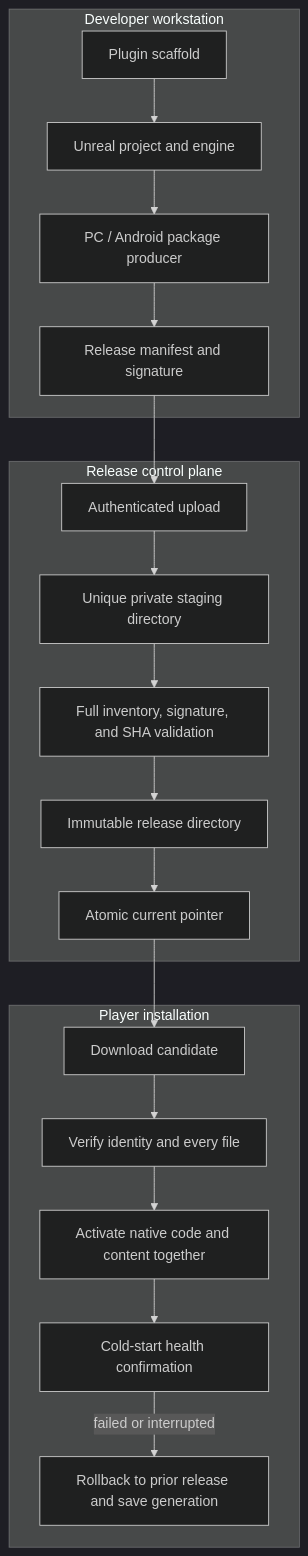
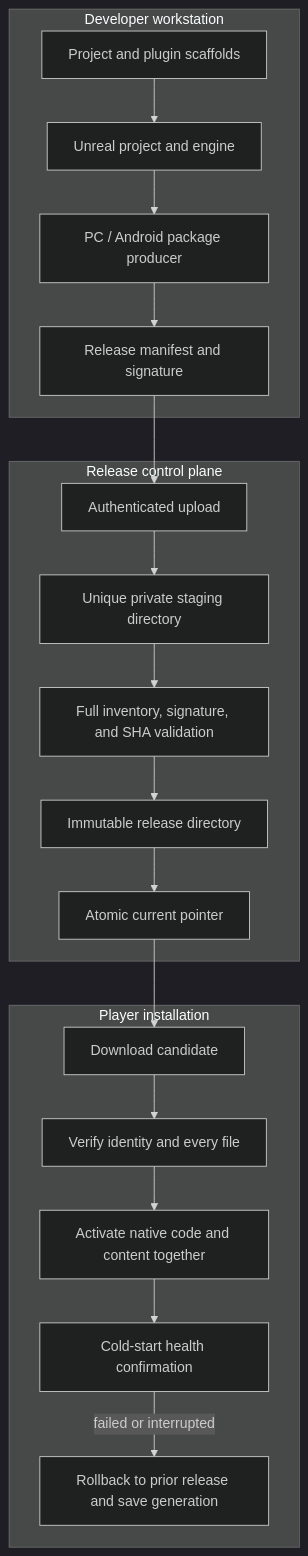
The diagram in docs/architecture.md (GORXE111/UE-Game-Dev-Infrastructure), drawn with Mermaid (dark theme) before and after one commit. The commit also changed other lines of this file and 39 other files, not shown here.

````diff
--- a/docs/architecture.md
+++ b/docs/architecture.md
@@ -5,29 +5,29 @@
 ```mermaid
 flowchart TB
   subgraph Dev[Developer workstation]
-    S[Plugin scaffold]
+    S[Project and plugin scaffolds]
     UE[Unreal project and engine]
     P[PC / Android package producer]
     M[Release manifest and signature]
     S --> UE --> P --> M
   end
   subgraph Delivery[Release control plane]
     U[Authenticated upload]
     T[Unique private staging directory]
     V[Full inventory, signature, and SHA validation]
     R[Immutable release directory]
     C[Atomic current pointer]
     U --> T --> V --> R --> C
   end
   subgraph Runtime[Player installation]
     D[Download candidate]
     F[Verify identity and every file]
     A[Activate native code and content together]
     H[Cold-start health confirmation]
     B[Rollback to prior release and save generation]
     D --> F --> A --> H
     H -->|failed or interrupted| B
   end
   M --> U
   C --> D
 ```
````
